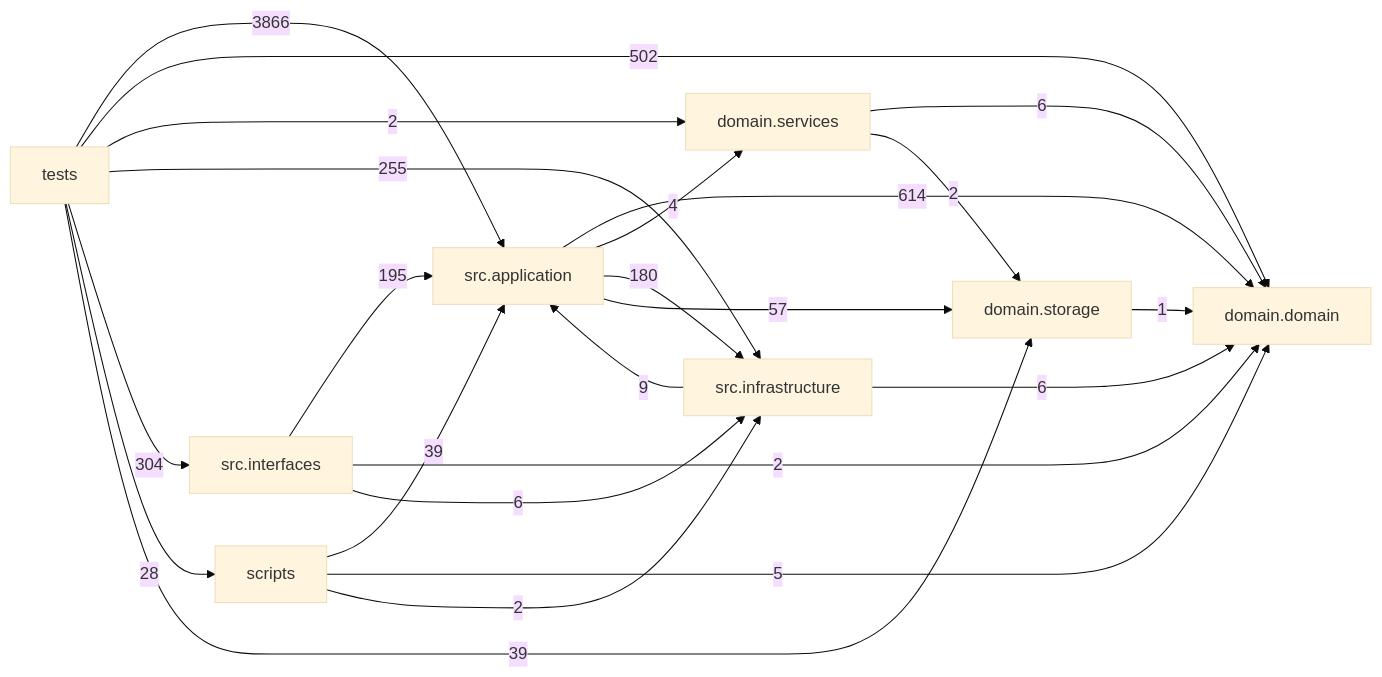
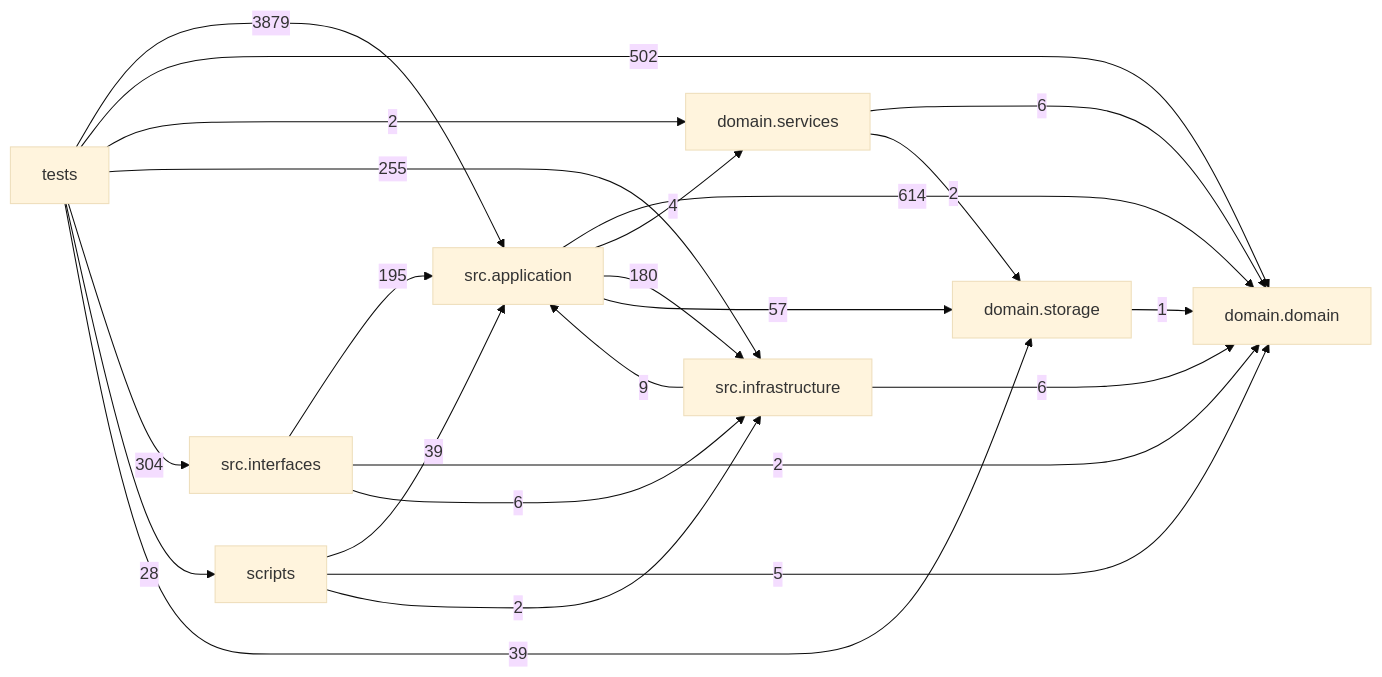
Before and after one commit to liuxie066/options-monitor: the diagram in docs/DEPENDENCY_GRAPH.md, drawn with Mermaid (base theme). The commit also changed other lines of this file and 14 other files, not shown here.

````diff
--- a/docs/DEPENDENCY_GRAPH.md
+++ b/docs/DEPENDENCY_GRAPH.md
@@ -24,33 +24,33 @@
 ```mermaid
 flowchart LR
   tests["tests"]
   scripts["scripts"]
   interfaces["src.interfaces"]
   application["src.application"]
   infrastructure["src.infrastructure"]
   domain_services["domain.services"]
   domain["domain.domain"]
   storage["domain.storage"]
   application -->|614| domain
   application -->|4| domain_services
   application -->|180| infrastructure
   application -->|57| storage
   domain_services -->|6| domain
   domain_services -->|2| storage
   infrastructure -->|9| application
   infrastructure -->|6| domain
   interfaces -->|195| application
   interfaces -->|2| domain
   interfaces -->|6| infrastructure
   scripts -->|39| application
   scripts -->|5| domain
   scripts -->|2| infrastructure
   storage -->|1| domain
-  tests -->|3866| application
+  tests -->|3879| application
   tests -->|502| domain
   tests -->|2| domain_services
   tests -->|255| infrastructure
   tests -->|304| interfaces
   tests -->|28| scripts
   tests -->|39| storage
 ```
````
